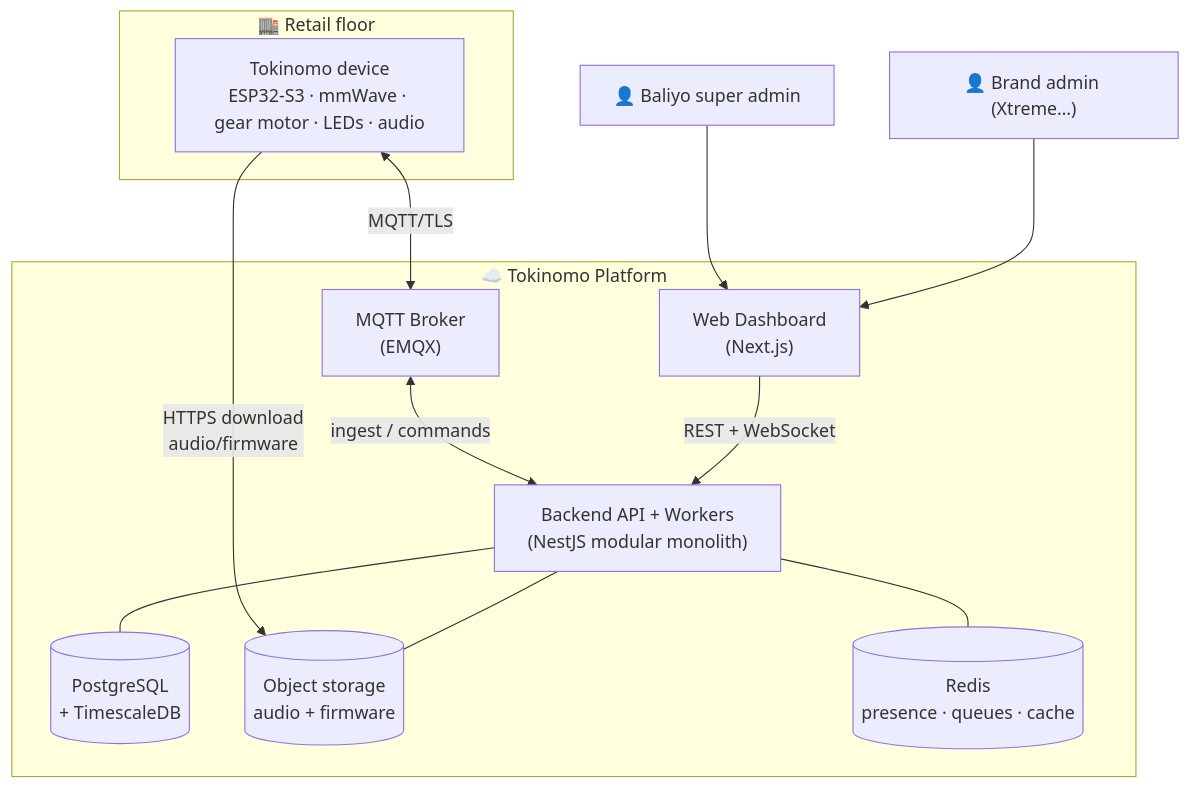
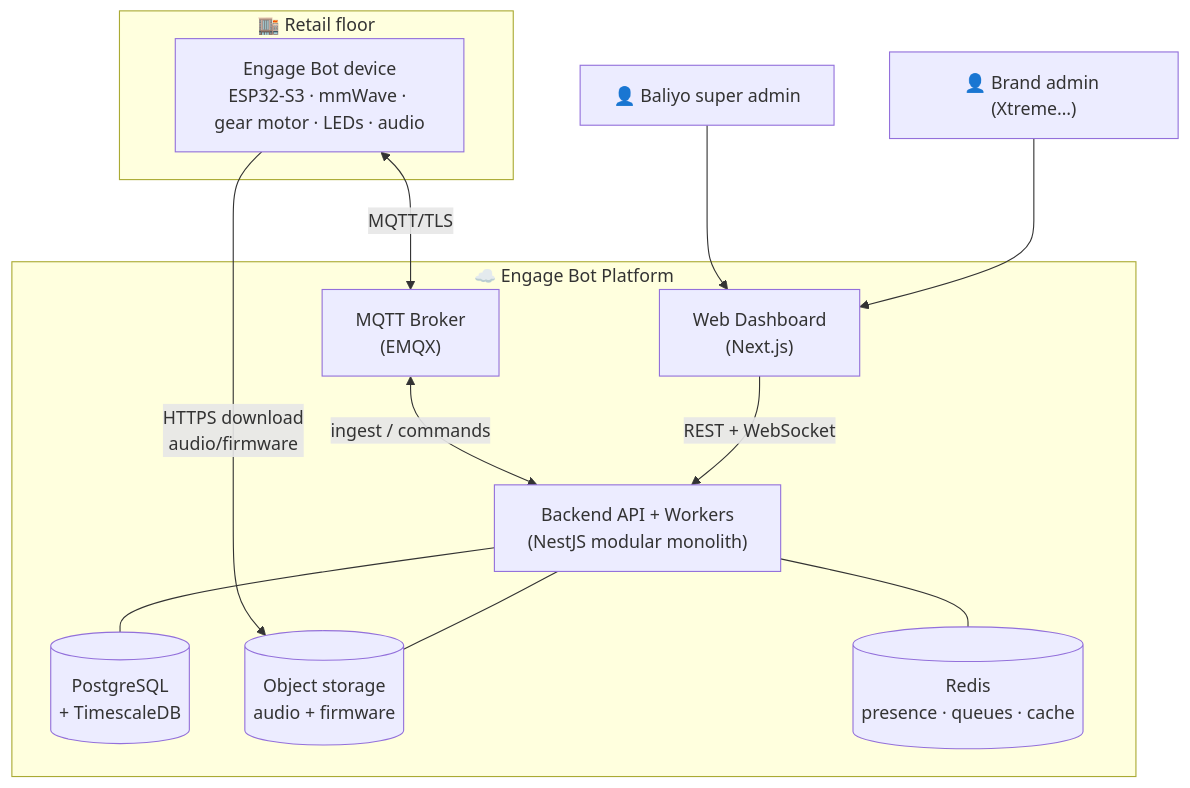
Before and after one commit to manavkhadka0/engage-bot: the first of 11 diagrams in team/ARCHITECTURE.md, drawn with Mermaid. The commit also changed other lines of this file and 256 other files, not shown here.

First line of the commit message:
Rename the project from Tokinomo to Engage Bot; remove credential literals

````diff
--- a/team/ARCHITECTURE.md
+++ b/team/ARCHITECTURE.md
@@ -33,28 +33,28 @@
 ```mermaid
 graph TB
     subgraph Field["🏬 Retail floor"]
-        DEV["Tokinomo device<br/>ESP32-S3 · mmWave · gear motor · LEDs · audio"]
+        DEV["Engage Bot device<br/>ESP32-S3 · mmWave · gear motor · LEDs · audio"]
     end
 
-    subgraph Cloud["☁️ Tokinomo Platform"]
+    subgraph Cloud["☁️ Engage Bot Platform"]
         BROKER["MQTT Broker<br/>(EMQX)"]
         API["Backend API + Workers<br/>(NestJS modular monolith)"]
         DB[("PostgreSQL<br/>+ TimescaleDB")]
         OBJ[("Object storage<br/>audio + firmware")]
         CACHE[("Redis<br/>presence · queues · cache")]
         WEB["Web Dashboard<br/>(Next.js)"]
     end
 
     SUPER["👤 Baliyo super admin"]
     BRAND["👤 Brand admin (Xtreme…)"]
 
     DEV <-->|"MQTT/TLS"| BROKER
     DEV -->|"HTTPS download<br/>audio/firmware"| OBJ
     BROKER <-->|"ingest / commands"| API
     API --- DB
     API --- OBJ
     API --- CACHE
     WEB -->|"REST + WebSocket"| API
     SUPER --> WEB
     BRAND --> WEB
 ```
````
